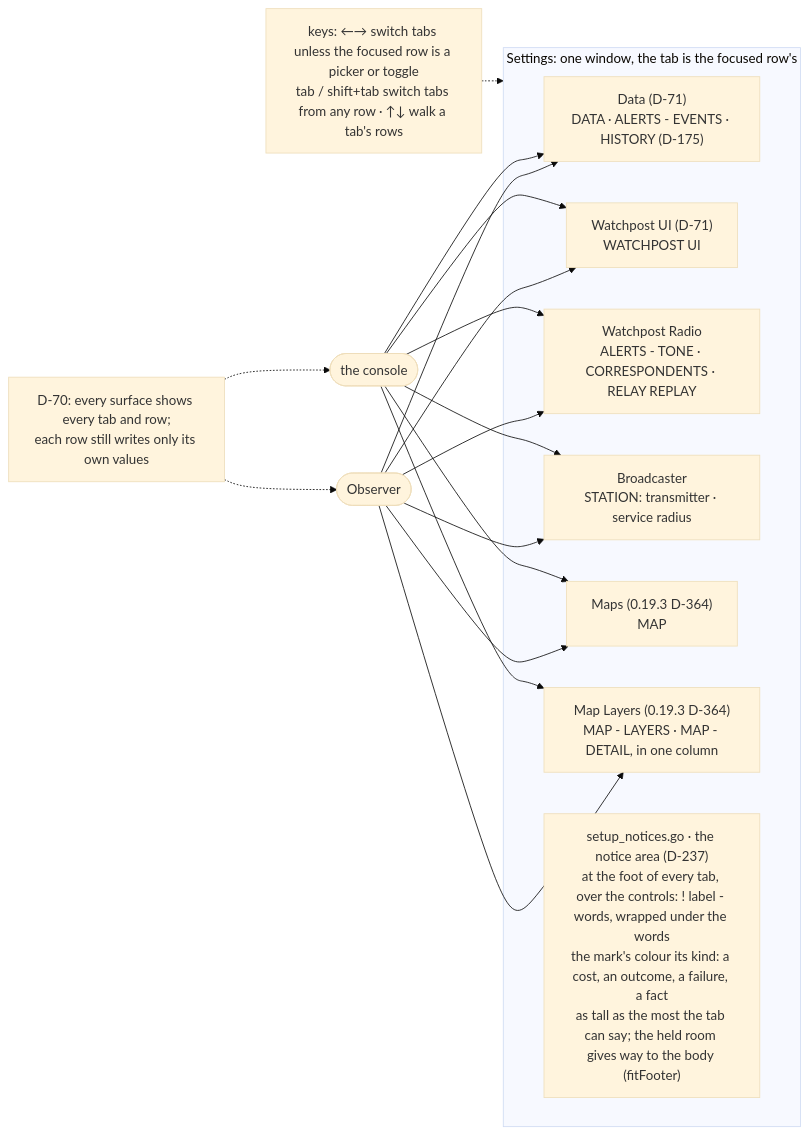
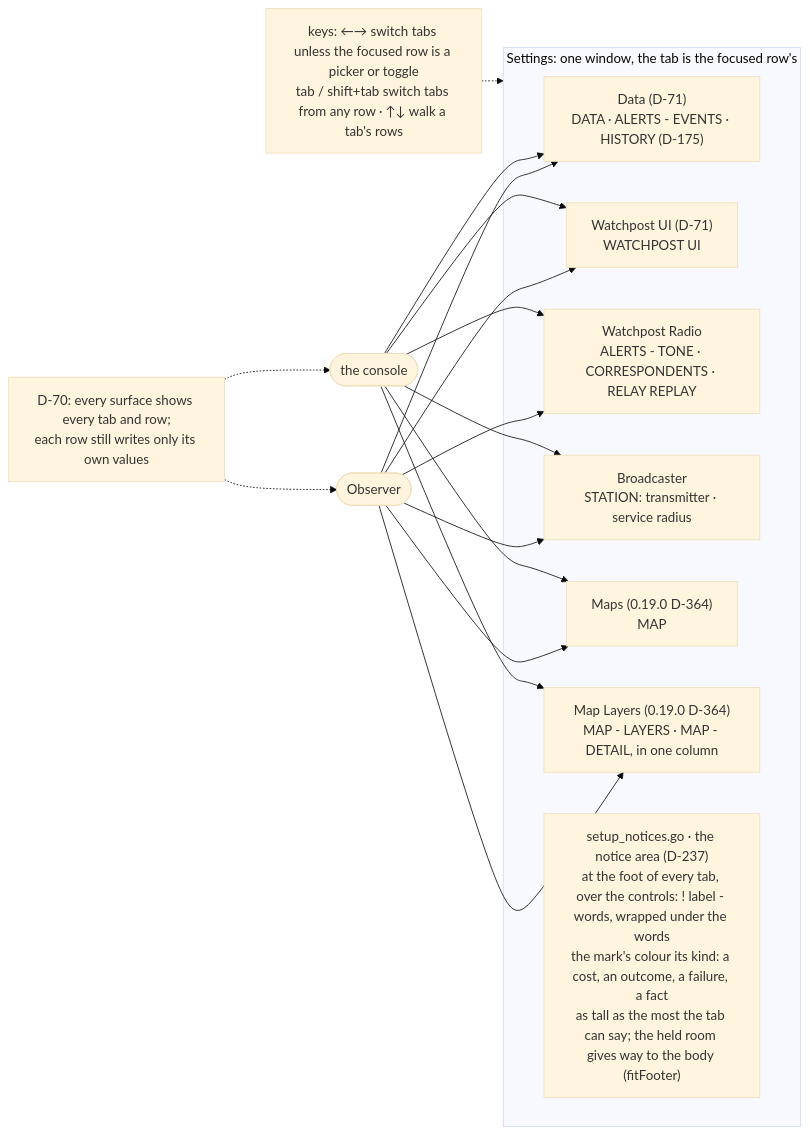
One commit to branden-thompson/watchpost changed the second of 6 diagrams in 06_docs/02_features/observer-maps/03-architecture-design/as-built-map.md. Above: the diagram before and after it, drawn with Mermaid (base theme). The commit also changed 45 other files, not shown here.

````diff
--- a/06_docs/02_features/observer-maps/03-architecture-design/as-built-map.md
+++ b/06_docs/02_features/observer-maps/03-architecture-design/as-built-map.md
@@ -39,16 +39,16 @@
 ```mermaid
 flowchart LR
   subgraph S["Settings: one window, the tab is the focused row's"]
     DA["Data (D-71)\nDATA · ALERTS - EVENTS · HISTORY (D-175)"]
     UI["Watchpost UI (D-71)\nWATCHPOST UI"]
     R["Watchpost Radio\nALERTS - TONE · CORRESPONDENTS · RELAY REPLAY"]
     B["Broadcaster\nSTATION: transmitter · service radius"]
-    M["Maps (0.19.3 D-364)\nMAP"]
-    ML["Map Layers (0.19.3 D-364)\nMAP - LAYERS · MAP - DETAIL, in one column"]
+    M["Maps (0.19.0 D-364)\nMAP"]
+    ML["Map Layers (0.19.0 D-364)\nMAP - LAYERS · MAP - DETAIL, in one column"]
     NA["setup_notices.go · the notice area (D-237)\nat the foot of every tab, over the controls: ! label - words, wrapped under the words\nthe mark's colour its kind: a cost, an outcome, a failure, a fact\nas tall as the most the tab can say; the held room gives way to the body (fitFooter)"]
   end
   O(["Observer"]) --> DA & UI & R & B & M & ML
   C(["the console"]) --> DA & UI & R & B & M & ML
   N["D-70: every surface shows every tab and row;\neach row still writes only its own values"] -.-> O & C
   K["keys: ←→ switch tabs unless the focused row is a picker or toggle\ntab / shift+tab switch tabs from any row · ↑↓ walk a tab's rows"] -.-> S
 ```
````
